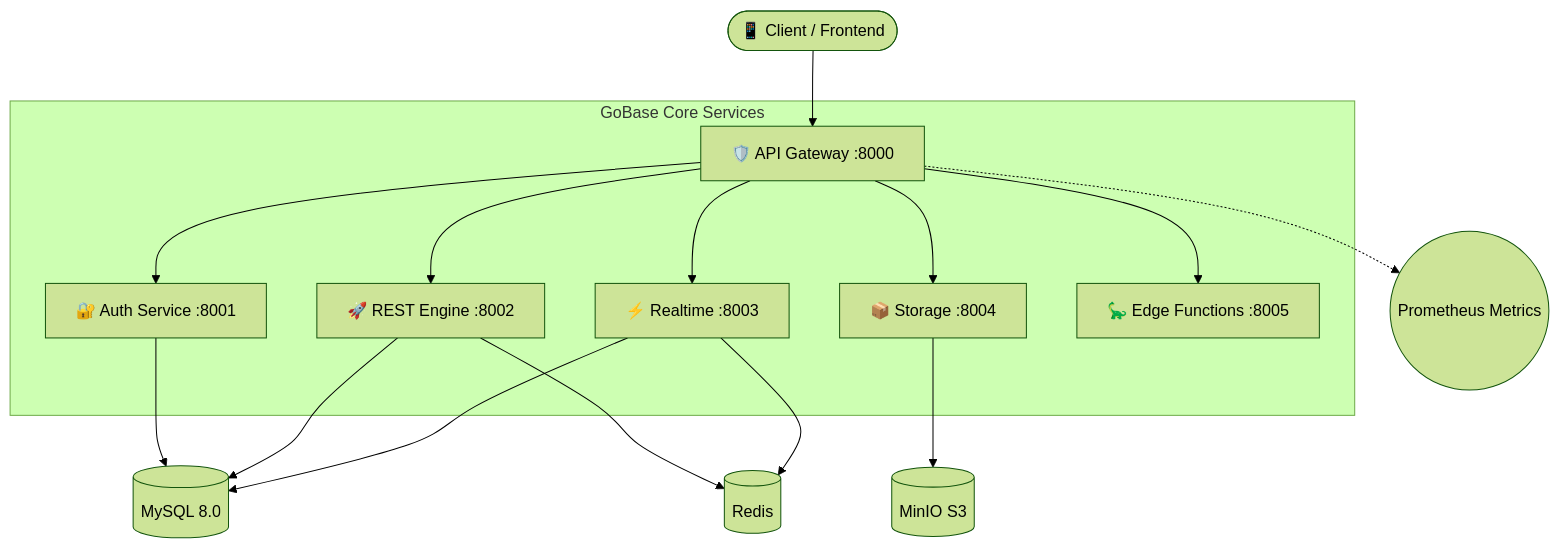
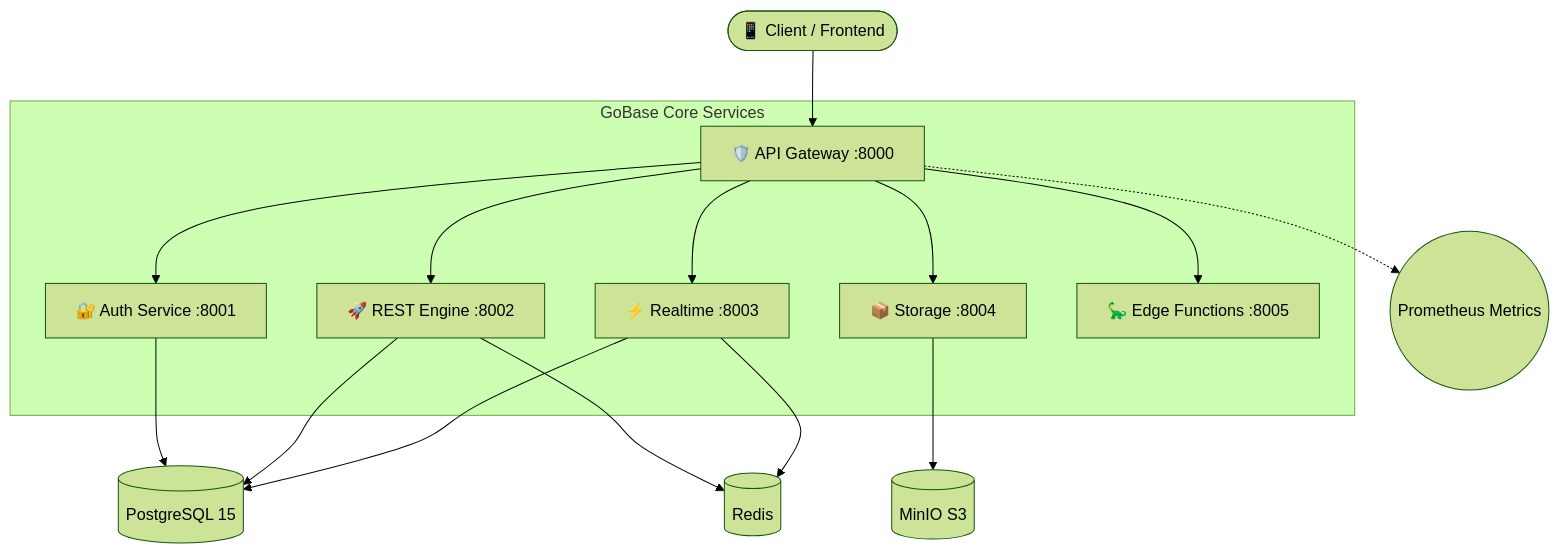
One commit to infocrud/gobase changed the diagram in README.md. Above: the diagram before and after it, drawn with Mermaid (forest theme). The commit also changed other lines of this file and 8 other files, not shown here.

Commit message:
feat: migrate database from MySQL to PostgreSQL across the application

````diff
--- a/README.md
+++ b/README.md
@@ -41,22 +41,22 @@
 ```mermaid
 graph TD;
     Client([📱 Client / Frontend]) --> GW[🛡️ API Gateway :8000]
     
     subgraph "GoBase Core Services"
         GW --> Auth[🔐 Auth Service :8001]
         GW --> REST[🚀 REST Engine :8002]
         GW --> RT[⚡ Realtime :8003]
         GW --> Storage[📦 Storage :8004]
         GW --> Funcs[🦕 Edge Functions :8005]
     end
 
-    Auth --> MySQL[(MySQL 8.0)]
-    REST --> MySQL
+    Auth --> PG[(PostgreSQL 15)]
+    REST --> PG
     REST --> Redis[(Redis)]
-    RT --> MySQL
+    RT --> PG
     RT --> Redis
     
     Storage --> MinIO[(MinIO S3)]
     
     GW -.-> Metrics((Prometheus Metrics))
 ```
````
